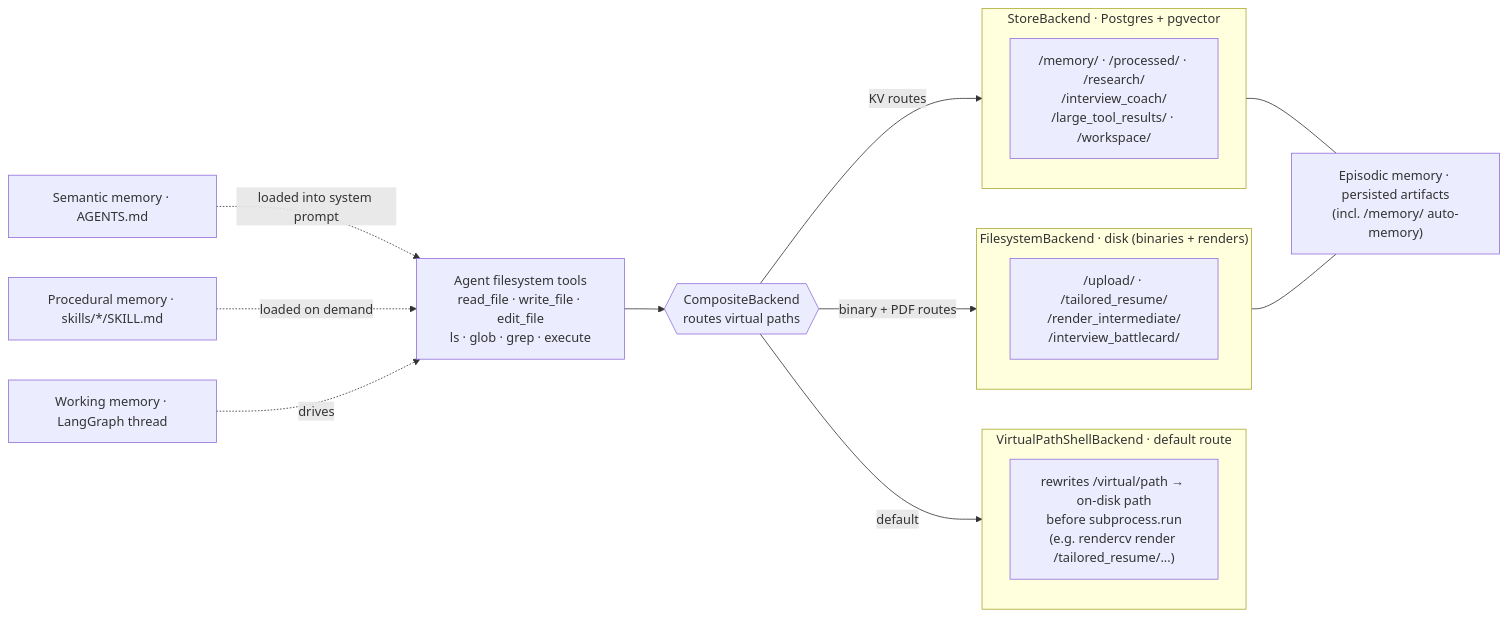
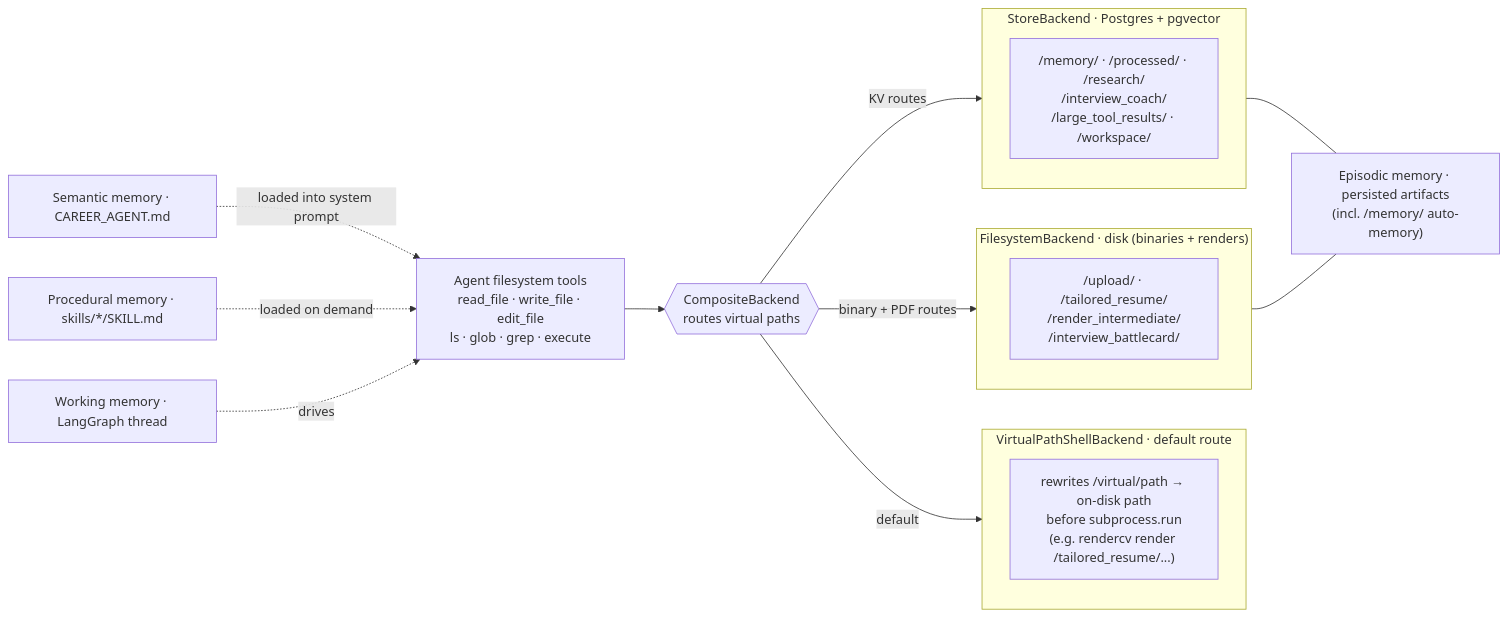
Before and after one commit to tam159/next-role: the diagram in README.md, drawn with Mermaid. The commit also changed other lines of this file and 15 other files, not shown here.

````diff
--- a/README.md
+++ b/README.md
@@ -192,23 +192,23 @@
 ```mermaid
 flowchart LR
     Agent["Agent filesystem tools<br/>read_file · write_file · edit_file<br/>ls · glob · grep · execute"]
     CB{{"CompositeBackend<br/>routes virtual paths"}}
     Agent --> CB
     subgraph Shell["VirtualPathShellBackend · default route"]
         SH["rewrites /virtual/path → on-disk path<br/>before subprocess.run<br/>(e.g. rendercv render /tailored_resume/...)"]
     end
     subgraph Store["StoreBackend · Postgres + pgvector"]
         ST["/memory/ · /processed/ · /research/<br/>/interview_coach/<br/>/large_tool_results/ · /workspace/"]
     end
     subgraph Disk["FilesystemBackend · disk (binaries + renders)"]
         DK["/upload/ · /tailored_resume/<br/>/render_intermediate/<br/>/interview_battlecard/"]
     end
     CB -->|default| Shell
     CB -->|KV routes| Store
     CB -->|binary + PDF routes| Disk
-    Sem["Semantic memory · AGENTS.md"] -. loaded into system prompt .-> Agent
+    Sem["Semantic memory · CAREER_AGENT.md"] -. loaded into system prompt .-> Agent
     Proc["Procedural memory · skills/*/SKILL.md"] -. loaded on demand .-> Agent
     Work["Working memory · LangGraph thread"] -. drives .-> Agent
     Store --- Epi["Episodic memory · persisted artifacts<br/>(incl. /memory/ auto-memory)"]
     Disk --- Epi
 ```
````
